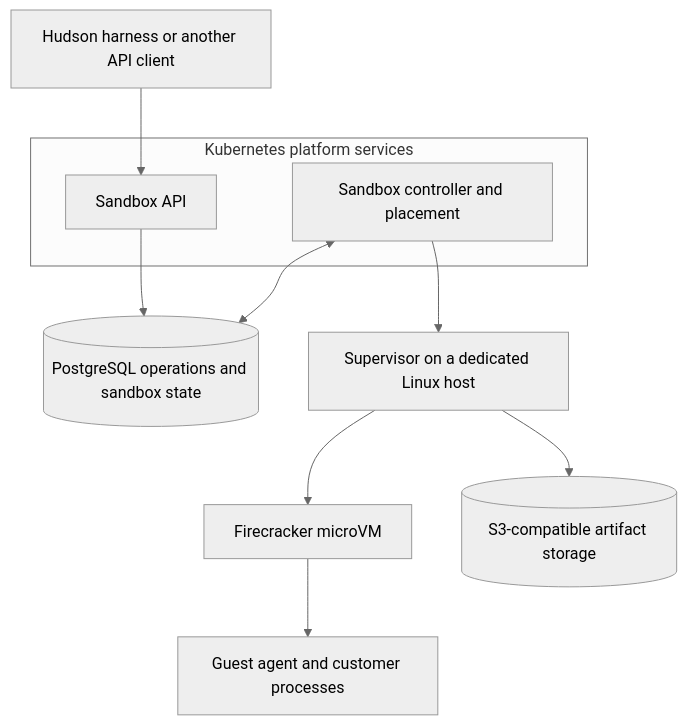
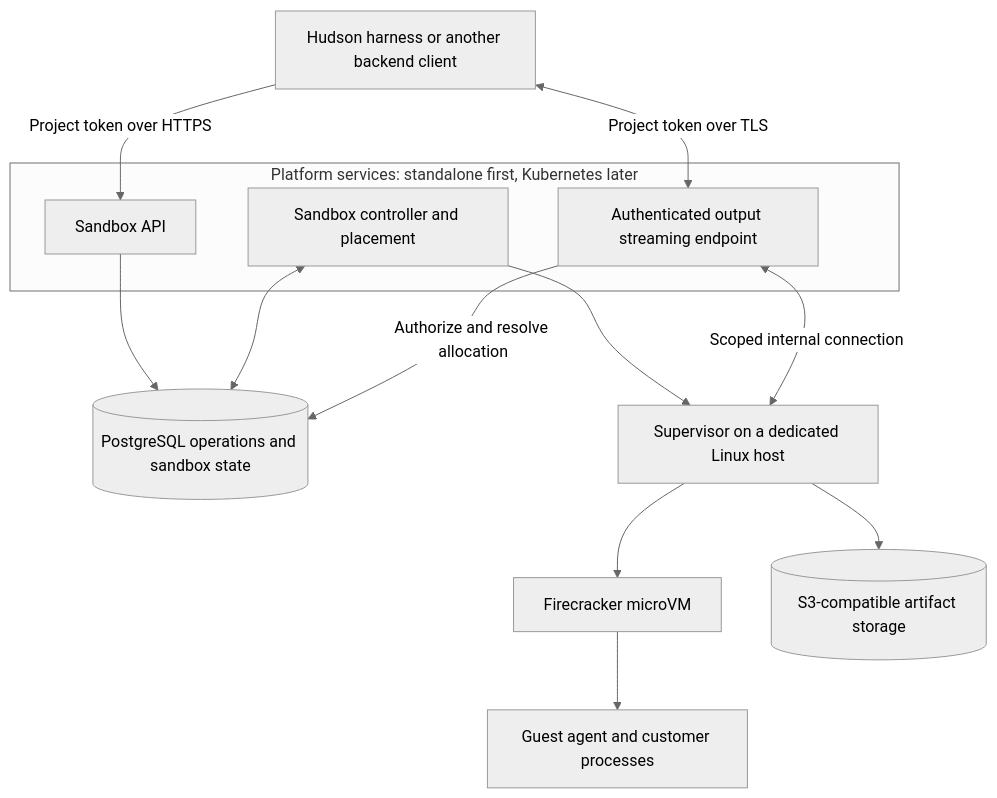
Before and after one commit to hudson-infinity/hudson-sandbox: the diagram in docs/implementation.md, drawn with Mermaid (neutral theme). The commit also changed other lines of this file and 4 other files, not shown here.

````diff
--- a/docs/implementation.md
+++ b/docs/implementation.md
@@ -60,14 +61,18 @@
 ```mermaid
 flowchart TD
-    H[Hudson harness or another API client] --> A
-    subgraph K[Kubernetes platform services]
+    H[Hudson harness or another backend client] -->|Project token over HTTPS| A
+    subgraph K[Platform services: standalone first, Kubernetes later]
         A[Sandbox API]
+        T[Authenticated output streaming endpoint]
         C[Sandbox controller and placement]
     end
     A --> D[(PostgreSQL operations and sandbox state)]
     C <--> D
     C --> S[Supervisor on a dedicated Linux host]
     S --> F[Firecracker microVM]
     F --> G[Guest agent and customer processes]
     S --> O[(S3-compatible artifact storage)]
+    H <-->|Project token over TLS| T
+    T -->|Authorize and resolve allocation| D
+    T <-->|Scoped internal connection| S
 ```
````
